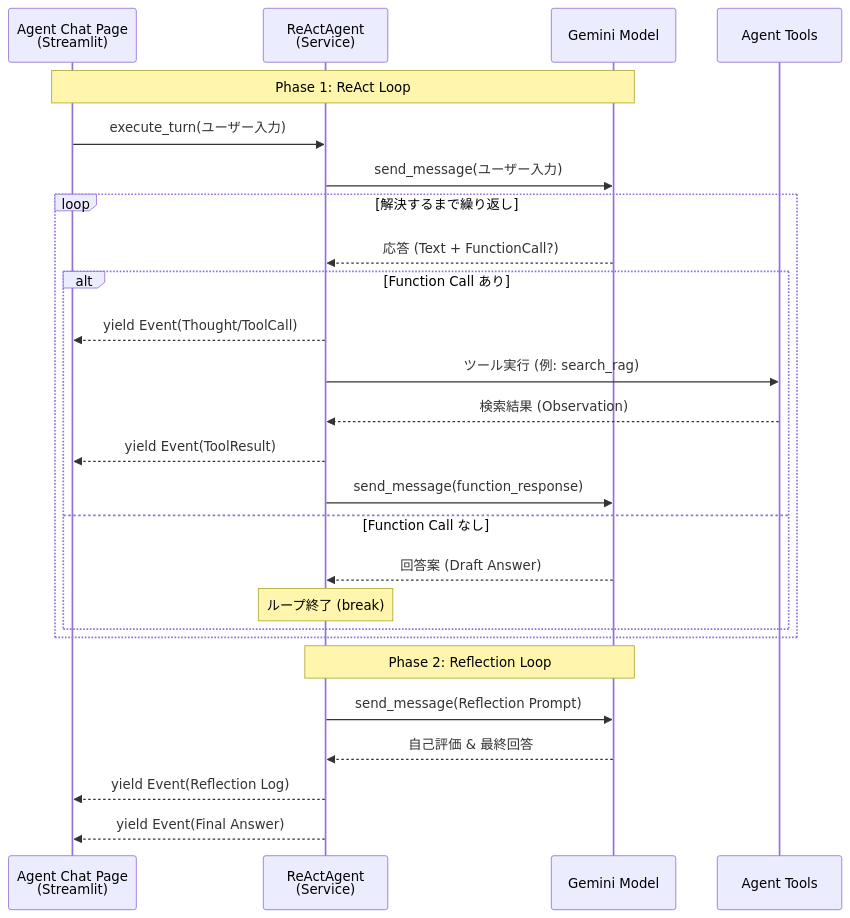
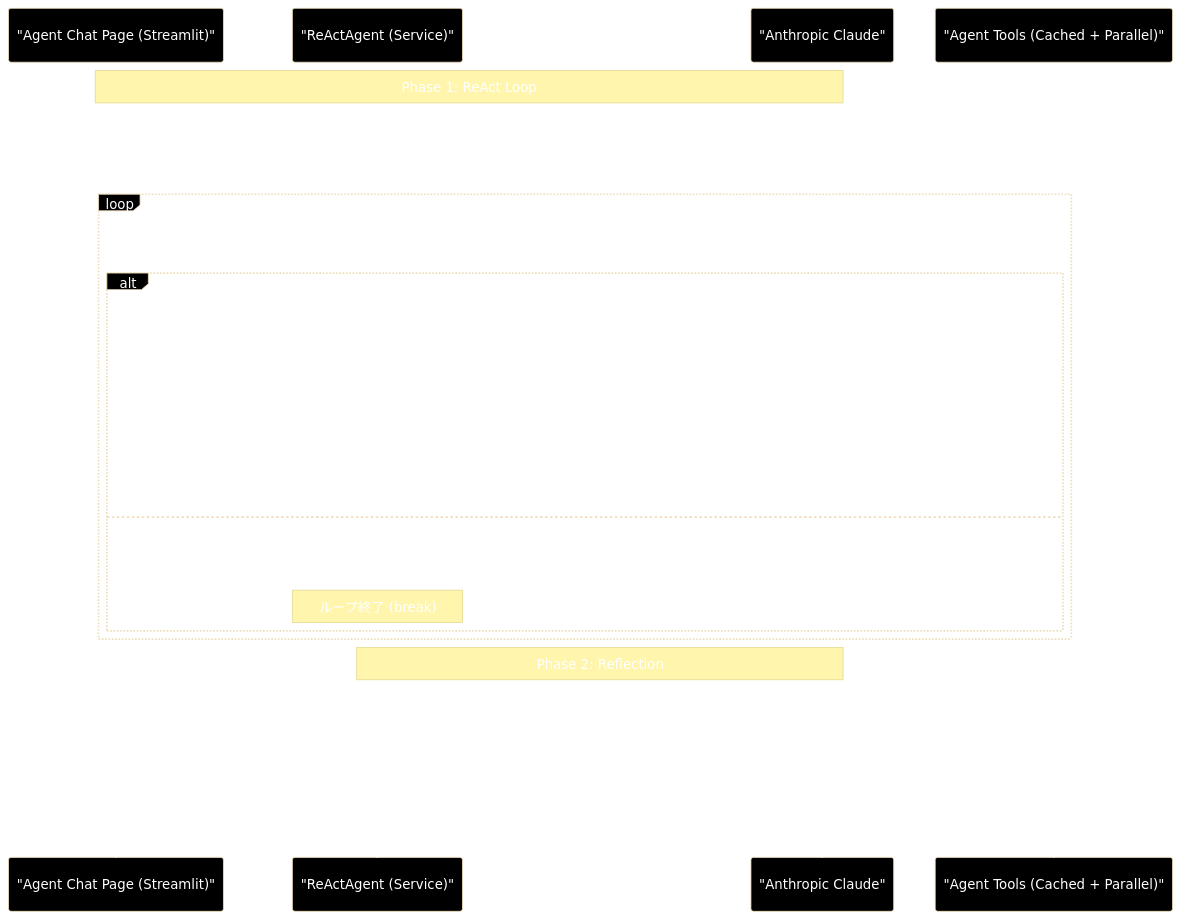
Before and after one commit to nakashima2toshio/anthropic_grace_agent_v2: the ninth of 10 diagrams in readme_react_reflection.md, drawn with Mermaid. The commit also changed other lines of this file and 5 other files, not shown here.

````diff
--- a/readme_react_reflection.md
+++ b/readme_react_reflection.md
@@ -798,30 +859,31 @@
 ```mermaid
+%%{ init: { "theme": "base", "themeVariables": {"background": "#000000", "mainBkg": "#000000","textColor": "#ffffff", "lineColor": "#ffffff","actorBkg": "#000000", "actorTextColor": "#ffffff","actorLineColor": "#ffffff", "noteBkg": "#1a1a1a","noteTextColor": "#ffffff" } } }%%
 sequenceDiagram
-    participant UI as Agent Chat Page<br>(Streamlit)
-    participant Svc as ReActAgent<br>(Service)
-    participant LLM as Gemini Model
-    participant Tool as Agent Tools
+    participant UI as "Agent Chat Page (Streamlit)"
+    participant Svc as "ReActAgent (Service)"
+    participant LLM as "Anthropic Claude"
+    participant Tool as "Agent Tools (Cached + Parallel)"
 
     Note over UI, LLM: Phase 1: ReAct Loop
     UI->>Svc: execute_turn(ユーザー入力)
-    Svc->>LLM: send_message(ユーザー入力)
-    loop 解決するまで繰り返し
-        LLM-->>Svc: 応答 (Text + FunctionCall?)
-        alt Function Call あり
-            Svc-->>UI: yield Event(Thought/ToolCall)
-            Svc->>Tool: ツール実行 (例: search_rag)
+    Svc->>LLM: generate_with_tools(messages, tools, system)
+    loop 解決するまで繰り返し (max_turns)
+        LLM-->>Svc: ToolUseResponse (text + stop_reason + tool_calls)
+        alt stop_reason == tool_use
+            Svc-->>UI: yield Event(Thought / ToolCall)
+            Svc->>Tool: search_rag_knowledge_base_cached(query, session_id)
             Tool-->>Svc: 検索結果 (Observation)
             Svc-->>UI: yield Event(ToolResult)
-            Svc->>LLM: send_message(function_response)
-        else Function Call なし
+            Svc->>LLM: generate_with_tools(messages + tool_result)
+        else stop_reason != tool_use
             LLM-->>Svc: 回答案 (Draft Answer)
             Note over Svc: ループ終了 (break)
         end
     end
 
-    Note over Svc, LLM: Phase 2: Reflection Loop
-    Svc->>LLM: send_message(Reflection Prompt)
-    LLM-->>Svc: 自己評価 & 最終回答
+    Note over Svc, LLM: Phase 2: Reflection
+    Svc->>LLM: generate_with_tools(REFLECTION_INSTRUCTION, tools=[])
+    LLM-->>Svc: 自己評価 + Final Answer
     Svc-->>UI: yield Event(Reflection Log)
     Svc-->>UI: yield Event(Final Answer)
 ```
````
